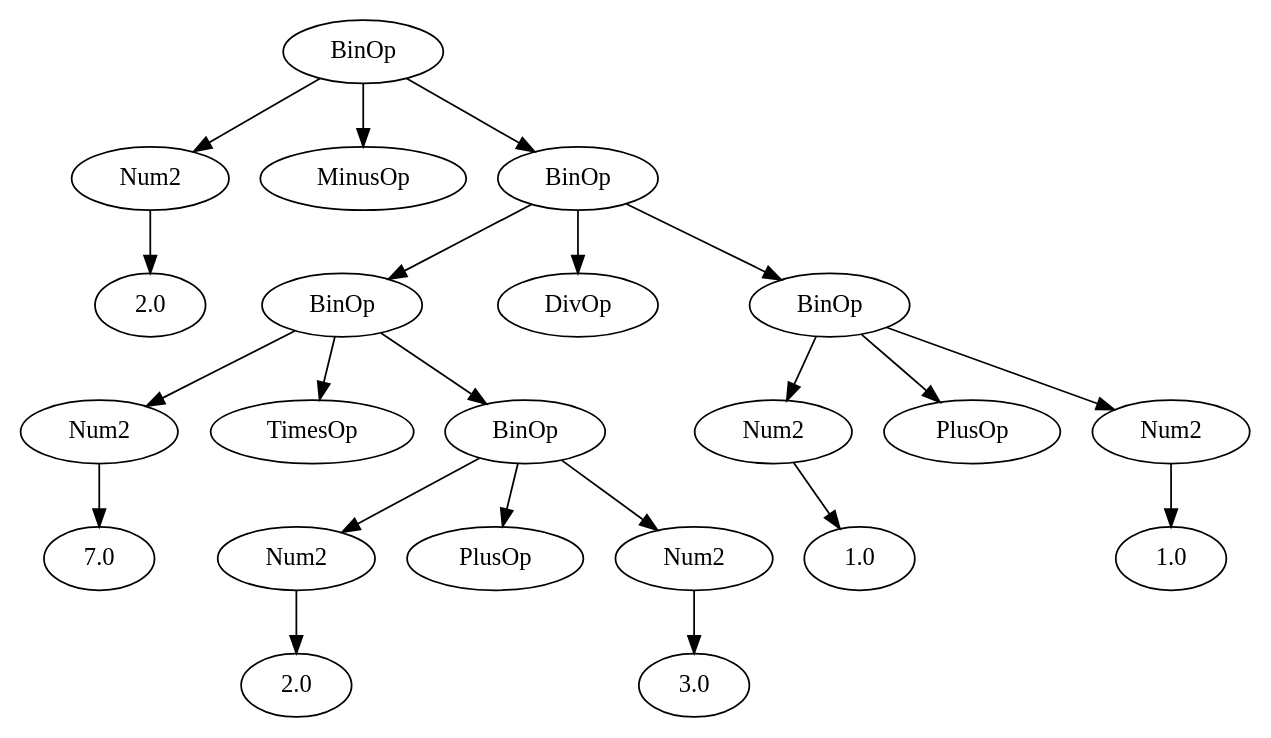
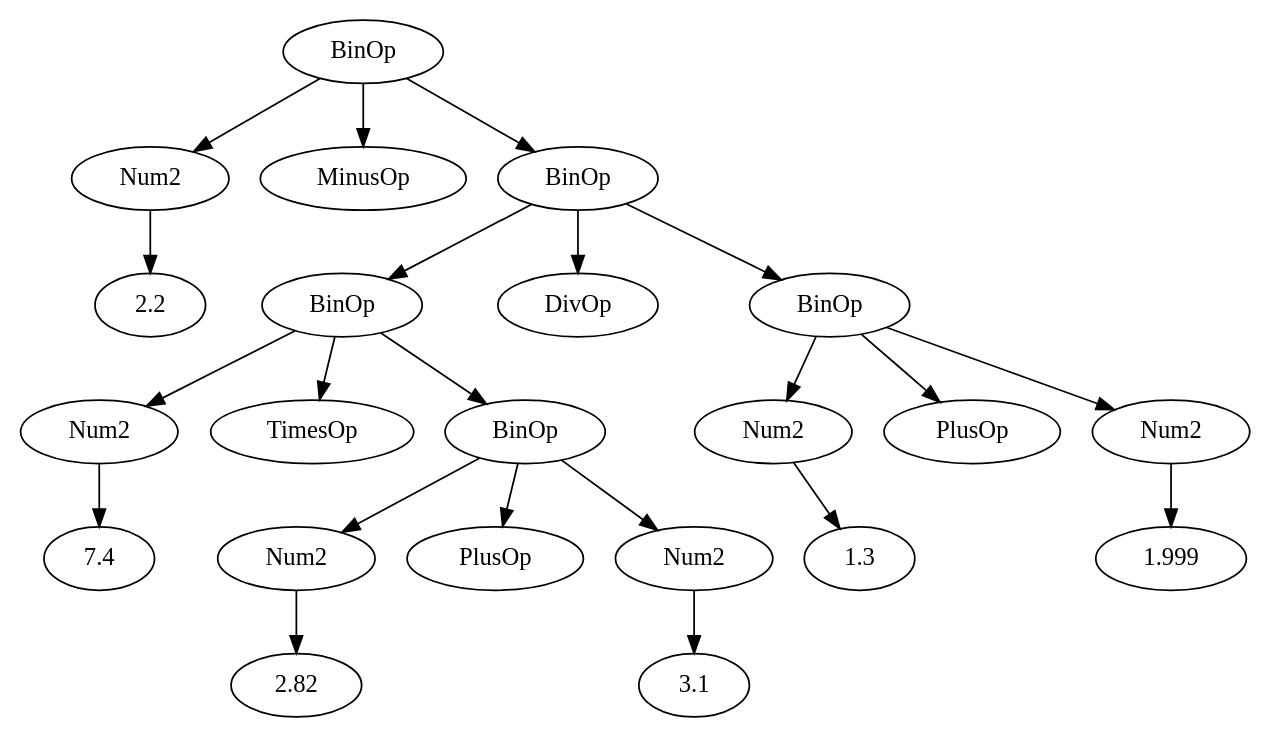
One commit to ingridt123/cs131-tools changed the diagram in tree-visualization-final/sample-output/exp2_2_sample.dot. Above: the diagram before and after it, drawn with Graphviz. The commit also changed 3 other files, not shown here.

```diff
--- a/tree-visualization-final/sample-output/exp2_2_sample.dot
+++ b/tree-visualization-final/sample-output/exp2_2_sample.dot
@@ -1,45 +1,45 @@
 digraph "" {
   "1" [label=" BinOp "];
   "1" -> "1.1" [];
   "1" -> "1.2" [];
   "1" -> "1.3" [];
   "1.1" [label=" Num2 "];
   "1.1" -> "1.1.1" [];
-  "1.1.1" [label=" 2.0 "];
+  "1.1.1" [label=" 2.2 "];
   "1.2" [label=" MinusOp "];
   "1.3" [label=" BinOp "];
   "1.3" -> "1.3.1" [];
   "1.3" -> "1.3.2" [];
   "1.3" -> "1.3.3" [];
   "1.3.1" [label=" BinOp "];
   "1.3.1" -> "1.3.1.1" [];
   "1.3.1" -> "1.3.1.2" [];
   "1.3.1" -> "1.3.1.3" [];
   "1.3.1.1" [label=" Num2 "];
   "1.3.1.1" -> "1.3.1.1.1" [];
-  "1.3.1.1.1" [label=" 7.0 "];
+  "1.3.1.1.1" [label=" 7.4 "];
   "1.3.1.2" [label=" TimesOp "];
   "1.3.1.3" [label=" BinOp "];
   "1.3.1.3" -> "1.3.1.3.1" [];
   "1.3.1.3" -> "1.3.1.3.2" [];
   "1.3.1.3" -> "1.3.1.3.3" [];
   "1.3.1.3.1" [label=" Num2 "];
   "1.3.1.3.1" -> "1.3.1.3.1.1" [];
-  "1.3.1.3.1.1" [label=" 2.0 "];
+  "1.3.1.3.1.1" [label=" 2.82 "];
   "1.3.1.3.2" [label=" PlusOp "];
   "1.3.1.3.3" [label=" Num2 "];
   "1.3.1.3.3" -> "1.3.1.3.3.1" [];
-  "1.3.1.3.3.1" [label=" 3.0 "];
+  "1.3.1.3.3.1" [label=" 3.1 "];
   "1.3.2" [label=" DivOp "];
   "1.3.3" [label=" BinOp "];
   "1.3.3" -> "1.3.3.1" [];
   "1.3.3" -> "1.3.3.2" [];
   "1.3.3" -> "1.3.3.3" [];
   "1.3.3.1" [label=" Num2 "];
   "1.3.3.1" -> "1.3.3.1.1" [];
-  "1.3.3.1.1" [label=" 1.0 "];
+  "1.3.3.1.1" [label=" 1.3 "];
   "1.3.3.2" [label=" PlusOp "];
   "1.3.3.3" [label=" Num2 "];
   "1.3.3.3" -> "1.3.3.3.1" [];
-  "1.3.3.3.1" [label=" 1.0 "];
+  "1.3.3.3.1" [label=" 1.999 "];
 }
```
